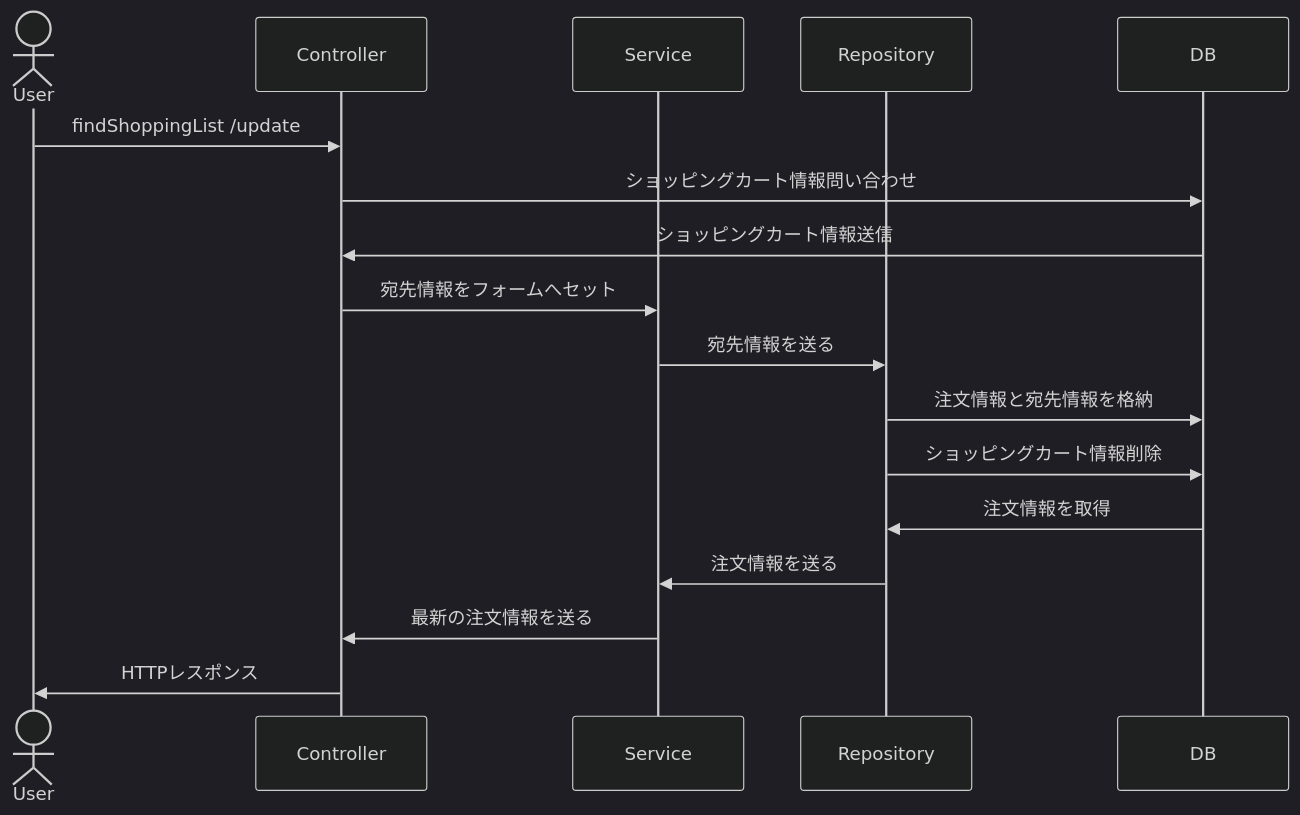
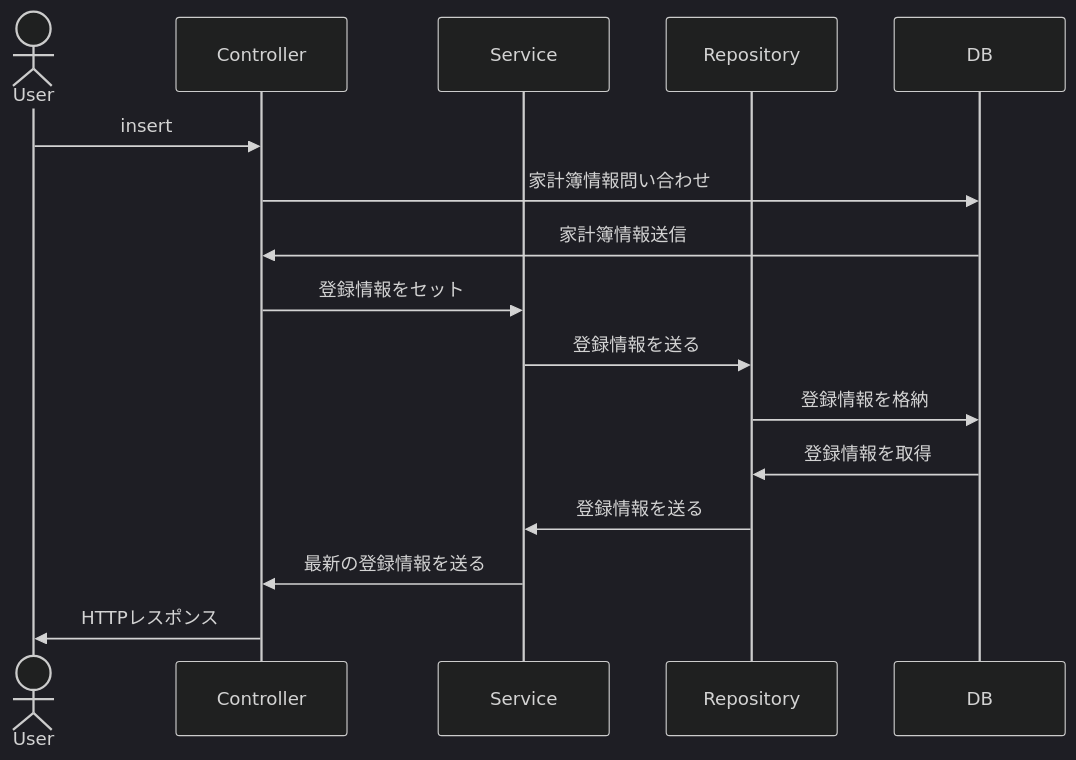
Before and after one commit to yamamotokeigo/house-holdaccounts-books: the diagram in README.md, drawn with Mermaid (dark theme). The commit also changed other lines of this file, not shown here.

````diff
--- a/README.md
+++ b/README.md
@@ -6,20 +6,19 @@
   ```mermaid
  sequenceDiagram
   actor User
   participant Controller
   participant Service
   participant Repository
   participant DB
  
-  User ->> Controller : findShoppingList /update
-  Controller ->> DB : ショッピングカート情報問い合わせ
-  DB ->> Controller    : ショッピングカート情報送信
-  Controller ->> Service : 宛先情報をフォームへセット
-  Service ->> Repository : 宛先情報を送る
-  Repository ->> DB : 注文情報と宛先情報を格納
-  Repository ->> DB : ショッピングカート情報削除
-  DB ->> Repository : 注文情報を取得
-  Repository ->> Service : 注文情報を送る
-  Service ->> Controller : 最新の注文情報を送る
+  User ->> Controller : insert
+  Controller ->> DB : 家計簿情報問い合わせ
+  DB ->> Controller    : 家計簿情報送信
+  Controller ->> Service : 登録情報をセット
+  Service ->> Repository : 登録情報を送る
+  Repository ->> DB : 登録情報を格納
+  DB ->> Repository : 登録情報を取得
+  Repository ->> Service : 登録情報を送る
+  Service ->> Controller : 最新の登録情報を送る
   Controller ->> User : HTTPレスポンス   
    ```
````
